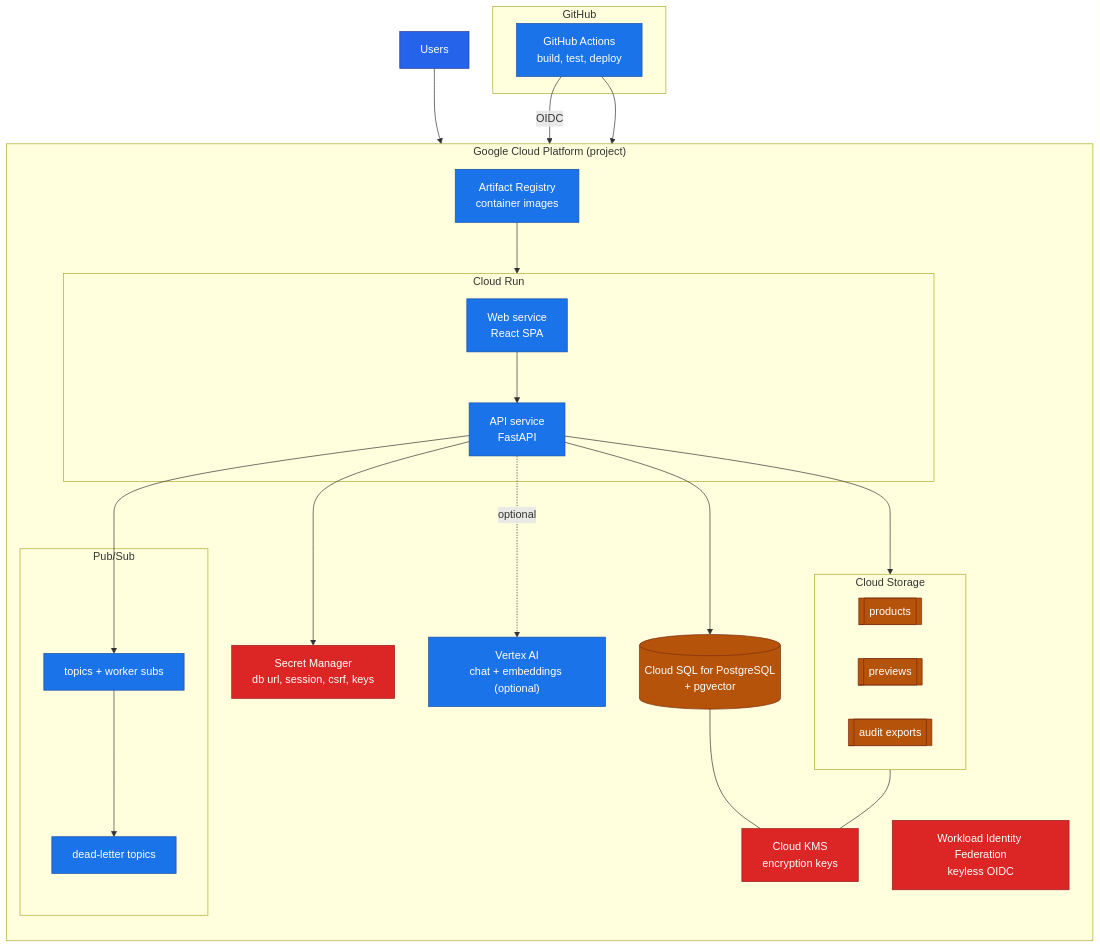
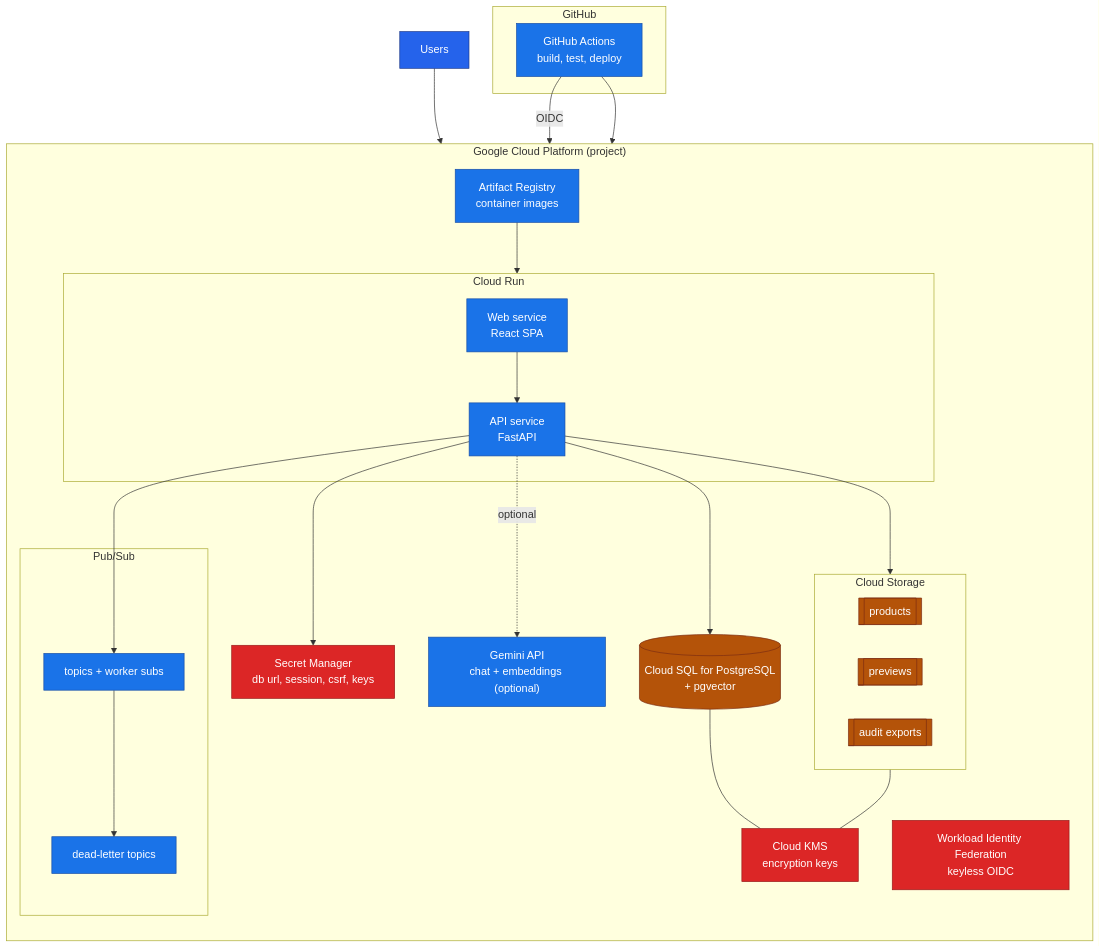
One commit to ShabalalaWATP/Coeus changed the second of 2 diagrams in docs/ARCHITECTURE_DEPLOYMENT.md. Above: the diagram before and after it, drawn with Mermaid. The commit also changed other lines of this file and 221 other files, not shown here.

````diff
--- a/docs/ARCHITECTURE_DEPLOYMENT.md
+++ b/docs/ARCHITECTURE_DEPLOYMENT.md
@@ -61,52 +62,52 @@
 ```mermaid
 flowchart TB
     subgraph gh["GitHub"]
         GHA["GitHub Actions<br/>build, test, deploy"]
     end
 
     subgraph gcp["Google Cloud Platform (project)"]
         direction TB
         WIF["Workload Identity Federation<br/>keyless OIDC"]
         AR["Artifact Registry<br/>container images"]
 
         subgraph run["Cloud Run"]
             WEBSVC["Web service<br/>React SPA"]
             APISVC["API service<br/>FastAPI"]
         end
 
         SQL[("Cloud SQL for PostgreSQL<br/>+ pgvector")]
         subgraph buckets["Cloud Storage"]
             BPROD[["products"]]
             BPREV[["previews"]]
             BAUD[["audit exports"]]
         end
         subgraph msg["Pub/Sub"]
             TOPIC["topics + worker subs"]
             DLQ["dead-letter topics"]
         end
         SM["Secret Manager<br/>db url, session, csrf, keys"]
         KMS["Cloud KMS<br/>encryption keys"]
-        VERTEX["Vertex AI<br/>chat + embeddings (optional)"]
+        GEMINI["Gemini API<br/>chat + embeddings (optional)"]
     end
 
     USERS["Users"] --> WEBSVC --> APISVC
     GHA -->|OIDC| WIF
     GHA --> AR --> run
     APISVC --> SQL
     APISVC --> buckets
     APISVC --> TOPIC
     TOPIC --> DLQ
     APISVC --> SM
-    APISVC -.optional.-> VERTEX
+    APISVC -.optional.-> GEMINI
     SQL --- KMS
     buckets --- KMS
 
     classDef actor fill:#2563eb,stroke:#1e3a8a,color:#fff,stroke-width:1px
     classDef gcp fill:#1a73e8,stroke:#174ea6,color:#fff,stroke-width:1px
     classDef data fill:#b45309,stroke:#7c2d12,color:#fff,stroke-width:1px
     classDef sec fill:#dc2626,stroke:#991b1b,color:#fff,stroke-width:1px
     class USERS actor
-    class WEBSVC,APISVC,AR,TOPIC,DLQ,VERTEX,GHA gcp
+    class WEBSVC,APISVC,AR,TOPIC,DLQ,GEMINI,GHA gcp
     class SQL,BPROD,BPREV,BAUD data
     class WIF,SM,KMS sec
 ```
````
